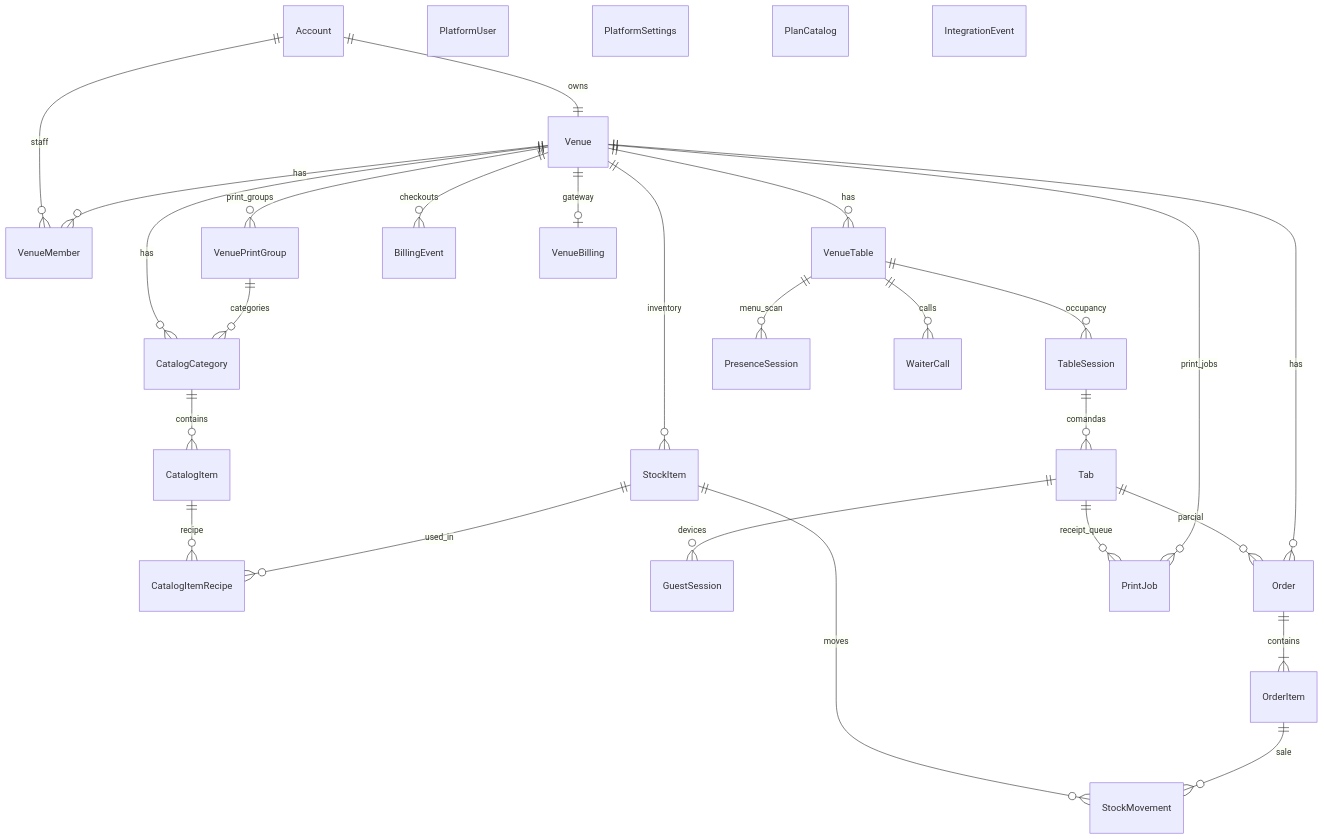
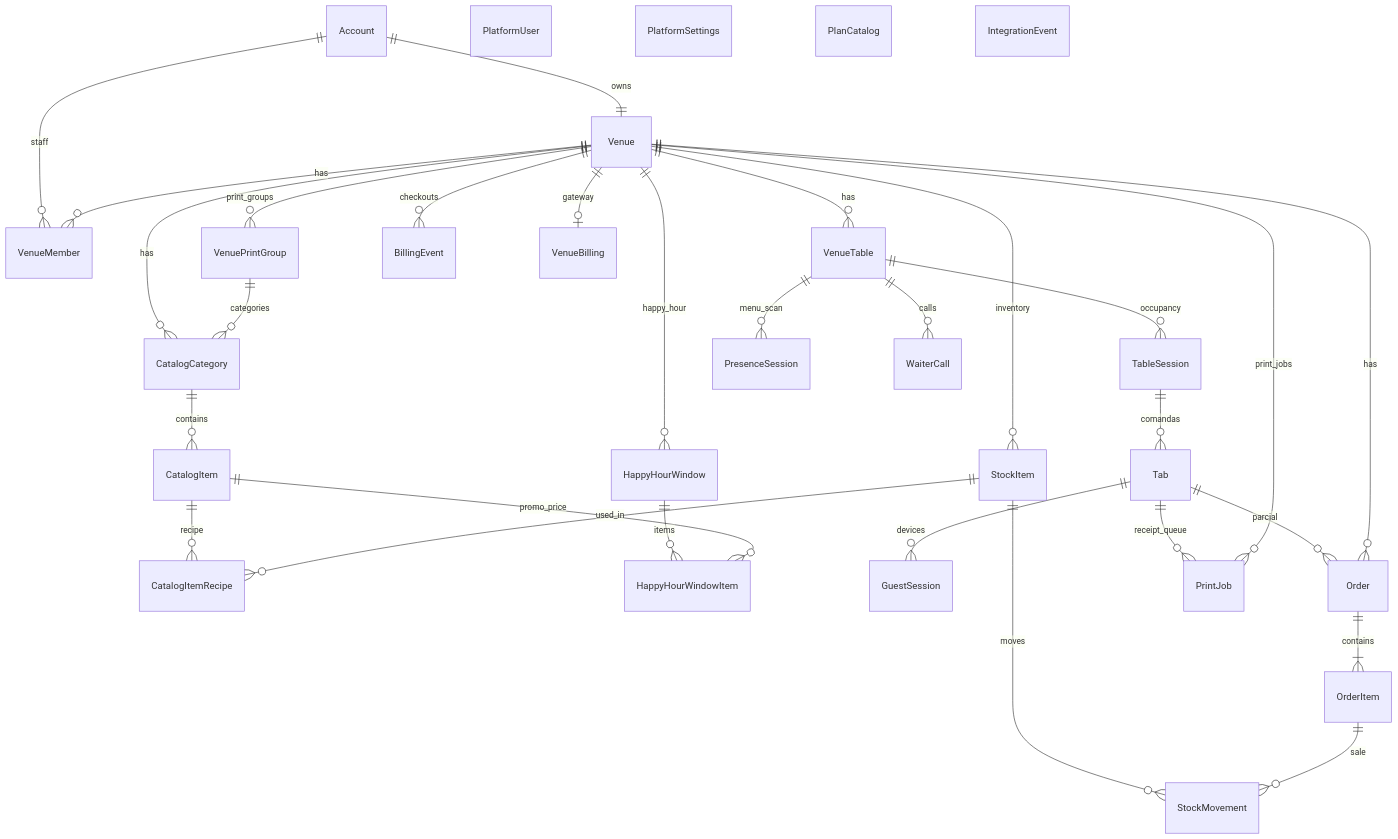
Before and after one commit to filiperamosds/eaimesa-frontend: the diagram in docs/data/schema.md, drawn with Mermaid. The commit also changed other lines of this file and 17 other files, not shown here.

First line of the commit message:
feat: ofertas, happy hour e fotos do cardápio no backend

````diff
--- a/docs/data/schema.md
+++ b/docs/data/schema.md
@@ -309,32 +318,35 @@
 ```mermaid
 erDiagram
   Account ||--|| Venue : owns
   Account ||--o{ VenueMember : staff
   Venue ||--o{ VenueMember : has
   Venue ||--o{ CatalogCategory : has
   Venue ||--o{ VenuePrintGroup : print_groups
   VenuePrintGroup ||--o{ CatalogCategory : categories
   CatalogCategory ||--o{ CatalogItem : contains
   CatalogItem ||--o{ CatalogItemRecipe : recipe
+  Venue ||--o{ HappyHourWindow : happy_hour
+  HappyHourWindow ||--o{ HappyHourWindowItem : items
+  CatalogItem ||--o{ HappyHourWindowItem : promo_price
   Venue ||--o{ StockItem : inventory
   StockItem ||--o{ CatalogItemRecipe : used_in
   StockItem ||--o{ StockMovement : moves
   OrderItem ||--o{ StockMovement : sale
   Venue ||--o{ VenueTable : has
   VenueTable ||--o{ TableSession : occupancy
   VenueTable ||--o{ PresenceSession : menu_scan
   VenueTable ||--o{ WaiterCall : calls
   TableSession ||--o{ Tab : comandas
   Tab ||--o{ GuestSession : devices
   Tab ||--o{ Order : parcial
   Tab ||--o{ PrintJob : receipt_queue
   Venue ||--o{ PrintJob : print_jobs
   Venue ||--o{ Order : has
   Venue ||--o{ BillingEvent : checkouts
   Venue ||--o| VenueBilling : gateway
   Order ||--|{ OrderItem : contains
   PlatformUser
   PlatformSettings
   PlanCatalog
   IntegrationEvent
 ```
````
